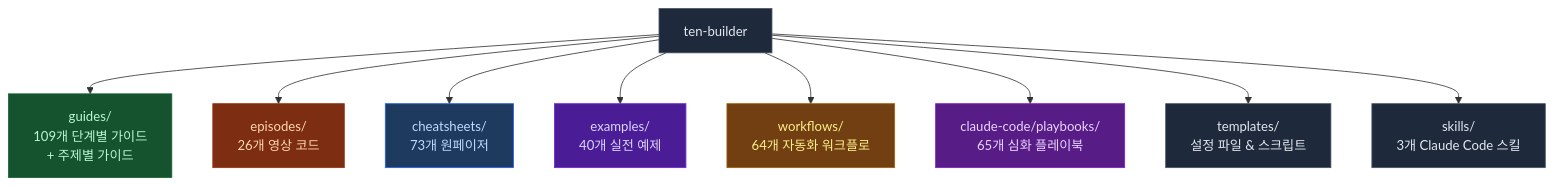
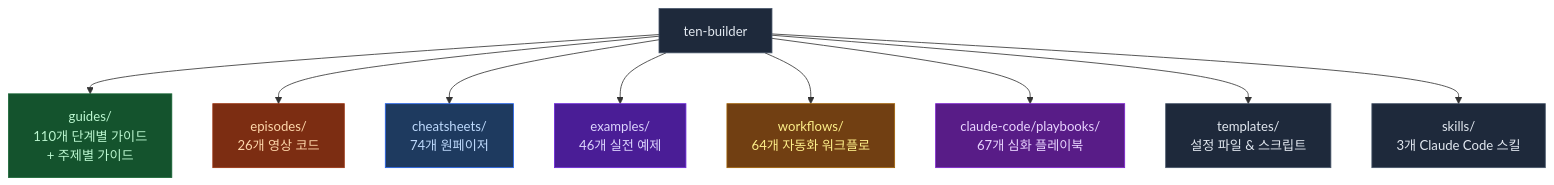
The first of 2 diagrams in README.md (ten-builder/ten-builder), drawn with Mermaid before and after one commit. The commit also changed other lines of this file, not shown here.

Commit message:
docs: README sync — guides 110, cheatsheets 74, examples 46, playbooks 72

````diff
--- a/README.md
+++ b/README.md
@@ -23,21 +23,21 @@
 ```mermaid
 flowchart TD
-    R["ten-builder"] --> G["guides/\n109개 단계별 가이드\n+ 주제별 가이드"]
+    R["ten-builder"] --> G["guides/\n110개 단계별 가이드\n+ 주제별 가이드"]
     R --> E["episodes/\n26개 영상 코드"]
-    R --> C["cheatsheets/\n73개 원페이저"]
-    R --> EX["examples/\n40개 실전 예제"]
+    R --> C["cheatsheets/\n74개 원페이저"]
+    R --> EX["examples/\n46개 실전 예제"]
     R --> W["workflows/\n64개 자동화 워크플로"]
-    R --> P["claude-code/playbooks/\n65개 심화 플레이북"]
+    R --> P["claude-code/playbooks/\n67개 심화 플레이북"]
     R --> T["templates/\n설정 파일 & 스크립트"]
     R --> S["skills/\n3개 Claude Code 스킬"]
 
     style R fill:#1e293b,stroke:#475569,color:#e2e8f0
     style G fill:#14532d,stroke:#166534,color:#bbf7d0
     style E fill:#7c2d12,stroke:#9a3412,color:#fed7aa
     style C fill:#1e3a5f,stroke:#2563eb,color:#bfdbfe
     style EX fill:#4a1d96,stroke:#6d28d9,color:#ddd6fe
     style W fill:#713f12,stroke:#a16207,color:#fef08a
     style P fill:#581c87,stroke:#7e22ce,color:#e9d5ff
     style T fill:#1e293b,stroke:#475569,color:#e2e8f0
     style S fill:#1e293b,stroke:#475569,color:#e2e8f0
 ```
````
